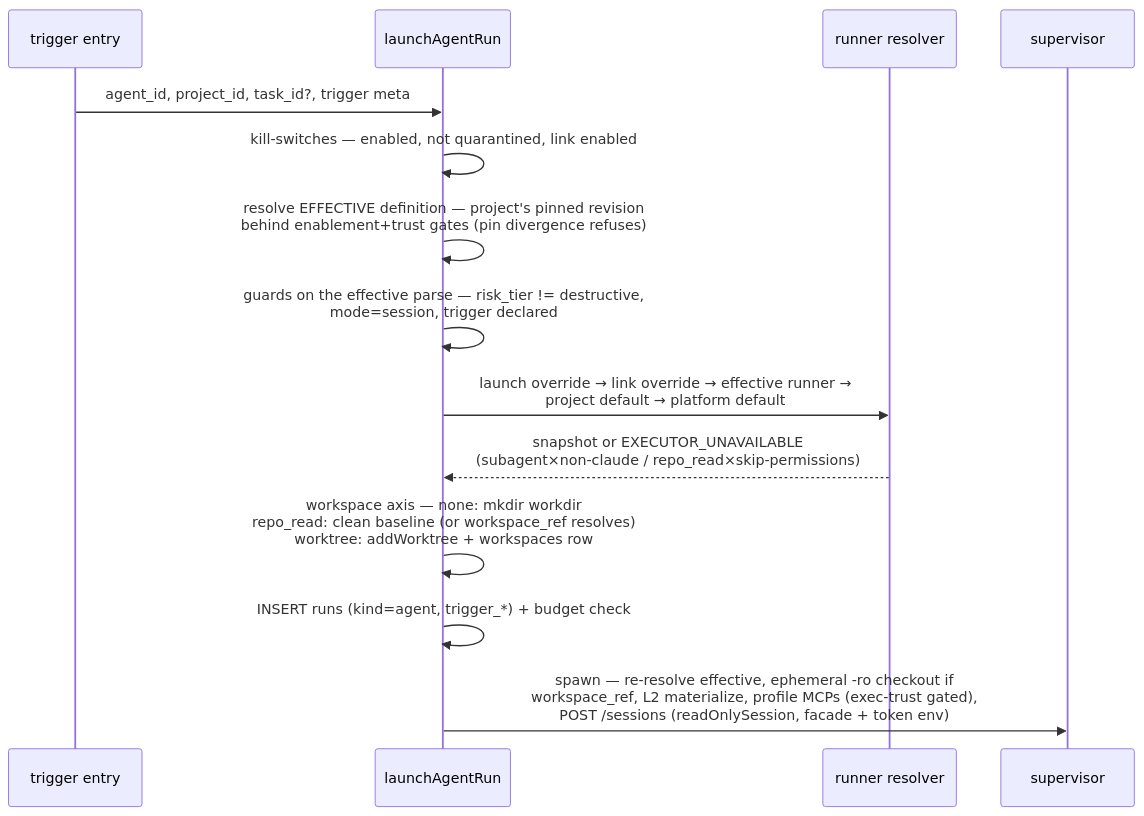
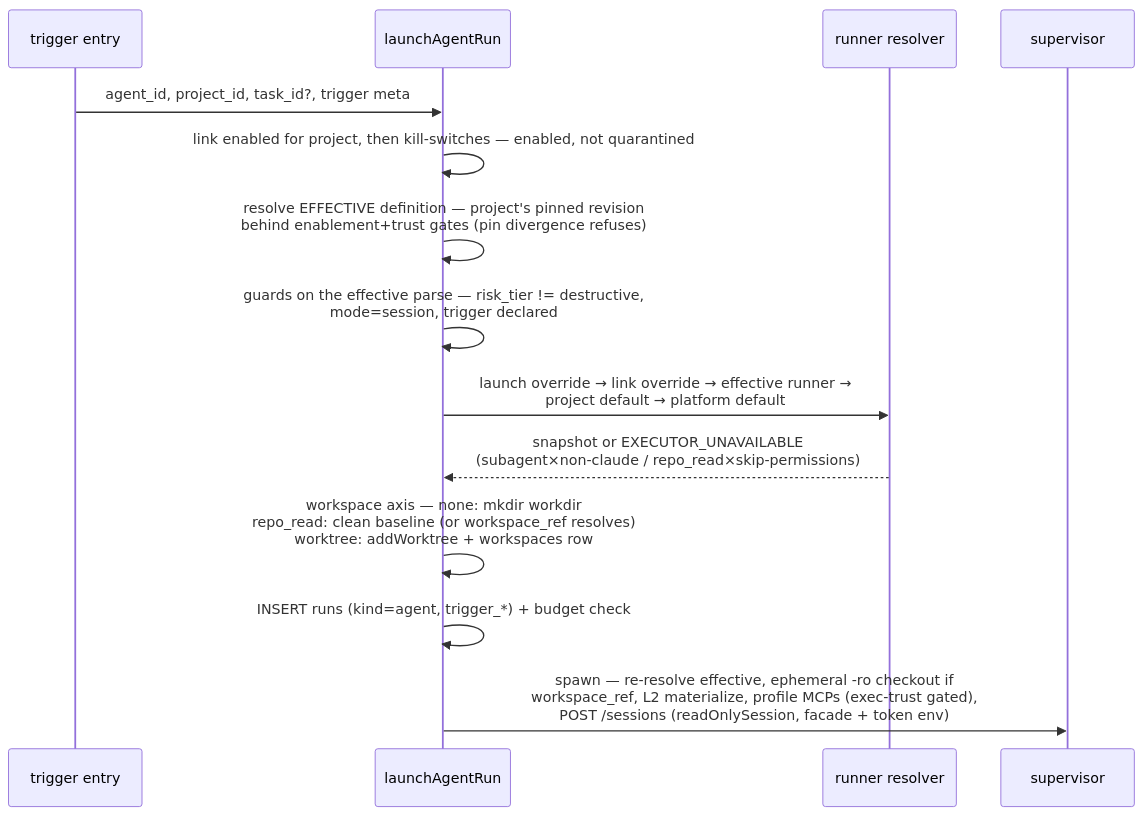
One commit to maister-dev/maister changed the third of 7 diagrams in docs/system-analytics/agents.md. Above: the diagram before and after it, drawn with Mermaid. The commit also changed other lines of this file and 64 other files, not shown here.

````diff
--- a/docs/system-analytics/agents.md
+++ b/docs/system-analytics/agents.md
@@ -108,16 +108,16 @@
 ```mermaid
 sequenceDiagram
     participant E as trigger entry
     participant L as launchAgentRun
     participant R as runner resolver
     participant S as supervisor
     E->>L: agent_id, project_id, task_id?, trigger meta
-    L->>L: kill-switches — enabled, not quarantined, link enabled
+    L->>L: link enabled for project, then kill-switches — enabled, not quarantined
     L->>L: resolve EFFECTIVE definition — project's pinned revision<br/>behind enablement+trust gates (pin divergence refuses)
     L->>L: guards on the effective parse — risk_tier != destructive,<br/>mode=session, trigger declared
     L->>R: launch override → link override → effective runner →<br/>project default → platform default
     R-->>L: snapshot or EXECUTOR_UNAVAILABLE<br/>(subagent×non-claude / repo_read×skip-permissions)
     L->>L: workspace axis — none: mkdir workdir<br/>repo_read: clean baseline (or workspace_ref resolves)<br/>worktree: addWorktree + workspaces row
     L->>L: INSERT runs (kind=agent, trigger_*) + budget check
     L->>S: spawn — re-resolve effective, ephemeral -ro checkout if<br/>workspace_ref, L2 materialize, profile MCPs (exec-trust gated),<br/>POST /sessions (readOnlySession, facade + token env)
 ```
````
